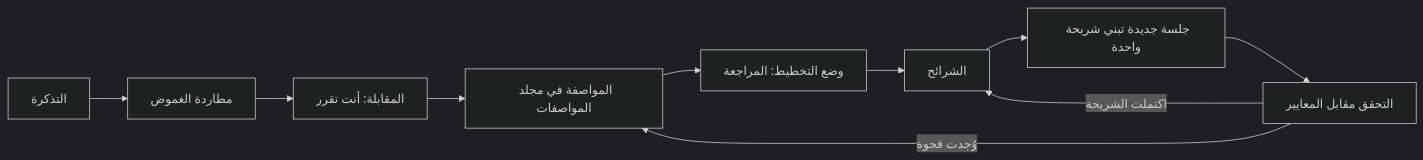
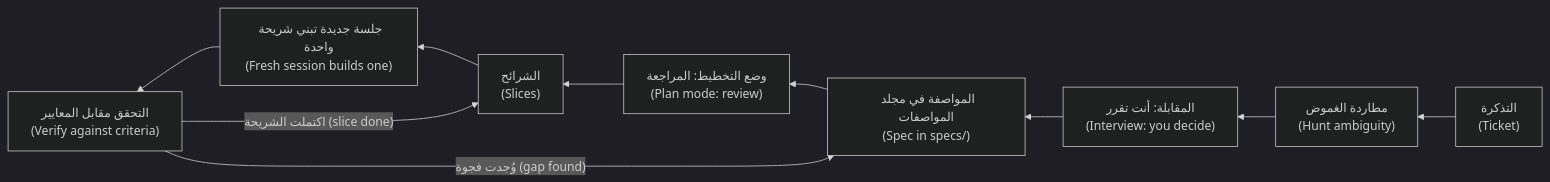
Before and after one commit to Tamoura/system-design-for-vibe-coders: the diagram in ainative/modules/03-specs.ar.md, drawn with Mermaid (dark theme). The commit also changed 83 other files, not shown here.

First line of the commit message:
AI-native engineer course: Arabic diagrams right-to-left with English glosses

````diff
--- a/ainative/modules/03-specs.ar.md
+++ b/ainative/modules/03-specs.ar.md
@@ -64,12 +64,12 @@
 ```mermaid
-flowchart LR
-    T["التذكرة"] --> H["مطاردة الغموض"]
-    H --> I["المقابلة: أنت تقرر"]
-    I --> S["المواصفة في مجلد المواصفات"]
-    S --> P["وضع التخطيط: المراجعة"]
-    P --> L["الشرائح"]
-    L --> B["جلسة جديدة تبني شريحة واحدة"]
-    B --> V["التحقق مقابل المعايير"]
-    V -->|"وُجدت فجوة"| S
-    V -->|"اكتملت الشريحة"| L
+flowchart RL
+    T["التذكرة<br/>(Ticket)"] --> H["مطاردة الغموض<br/>(Hunt ambiguity)"]
+    H --> I["المقابلة: أنت تقرر<br/>(Interview: you decide)"]
+    I --> S["المواصفة في مجلد المواصفات<br/>(Spec in specs/)"]
+    S --> P["وضع التخطيط: المراجعة<br/>(Plan mode: review)"]
+    P --> L["الشرائح<br/>(Slices)"]
+    L --> B["جلسة جديدة تبني شريحة واحدة<br/>(Fresh session builds one)"]
+    B --> V["التحقق مقابل المعايير<br/>(Verify against criteria)"]
+    V -->|"وُجدت فجوة (gap found)"| S
+    V -->|"اكتملت الشريحة (slice done)"| L
 ```
````
